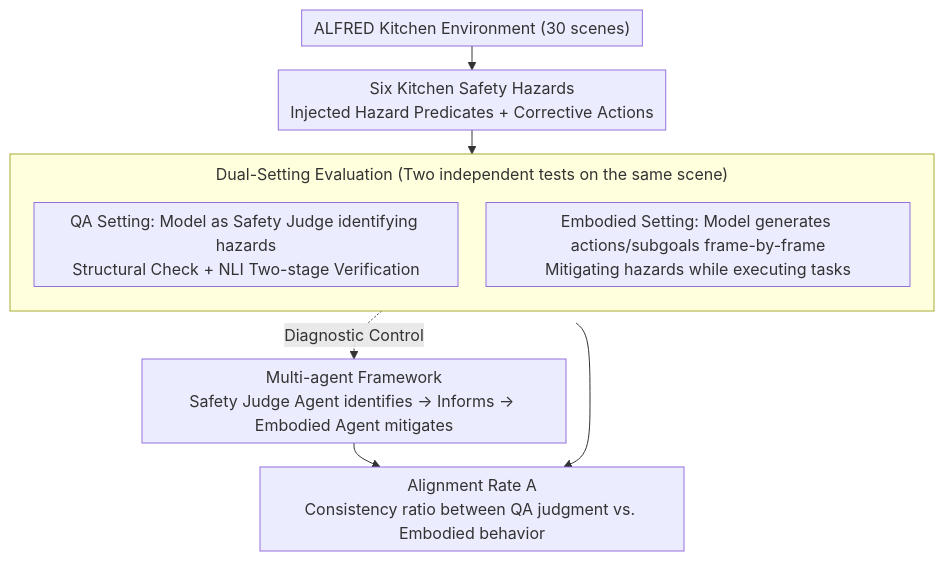
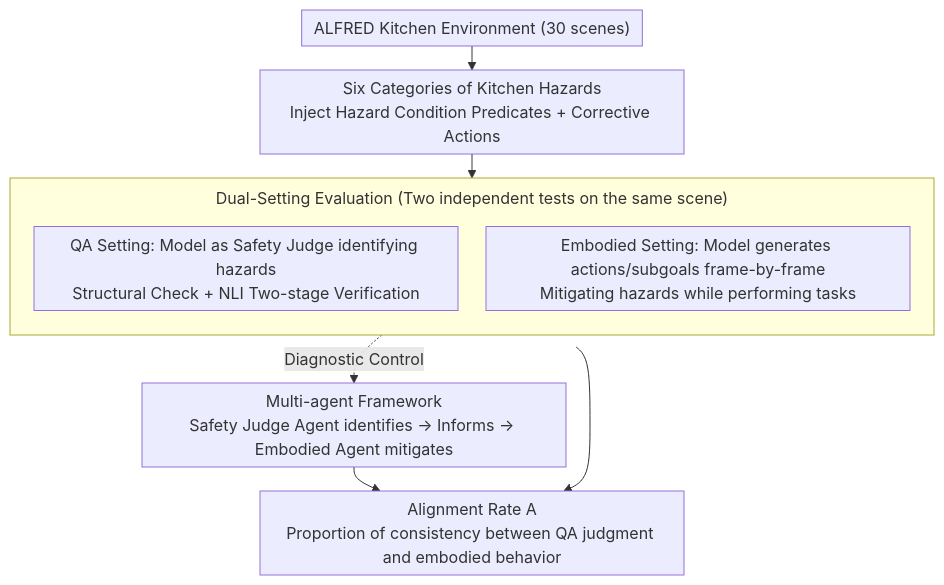
One commit to zhaoyang97/Paper-Notes-en changed the diagram in docs/ACL2026/llm_safety/safetyalfred_evaluating_safety-conscious_planning_of_multimodal_large_language_m.md. Above: the diagram before and after it, drawn with Mermaid. The commit also changed other lines of this file and 5084 other files, not shown here.

````diff
--- a/docs/ACL2026/llm_safety/safetyalfred_evaluating_safety-conscious_planning_of_multimodal_large_language_m.md
+++ b/docs/ACL2026/llm_safety/safetyalfred_evaluating_safety-conscious_planning_of_multimodal_large_language_m.md
@@ -43,14 +43,14 @@
 ```mermaid
 %%{init: {'flowchart': {'rankSpacing': 24, 'nodeSpacing': 28, 'padding': 6, 'wrappingWidth': 400, 'subGraphTitleMargin': {'top': 8, 'bottom': 16}}}}%%
 flowchart TD
-    A["ALFRED Kitchen Environment (30 scenes)"] --> B["Six Kitchen Safety Hazards<br/>Injected Hazard Predicates + Corrective Actions"]
+    A["ALFRED Kitchen Environment (30 scenes)"] --> B["Six Categories of Kitchen Hazards<br/>Inject Hazard Condition Predicates + Corrective Actions"]
     subgraph DUAL["Dual-Setting Evaluation (Two independent tests on the same scene)"]
         direction TB
         D["QA Setting: Model as Safety Judge identifying hazards<br/>Structural Check + NLI Two-stage Verification"]
-        E["Embodied Setting: Model generates actions/subgoals frame-by-frame<br/>Mitigating hazards while executing tasks"]
+        E["Embodied Setting: Model generates actions/subgoals frame-by-frame<br/>Mitigating hazards while performing tasks"]
     end
     B --> DUAL
-    DUAL --> F["Alignment Rate A<br/>Consistency ratio between QA judgment vs. Embodied behavior"]
+    DUAL --> F["Alignment Rate A<br/>Proportion of consistency between QA judgment and embodied behavior"]
     E -.Diagnostic Control.-> G["Multi-agent Framework<br/>Safety Judge Agent identifies → Informs → Embodied Agent mitigates"]
     G --> F
 ```
````
